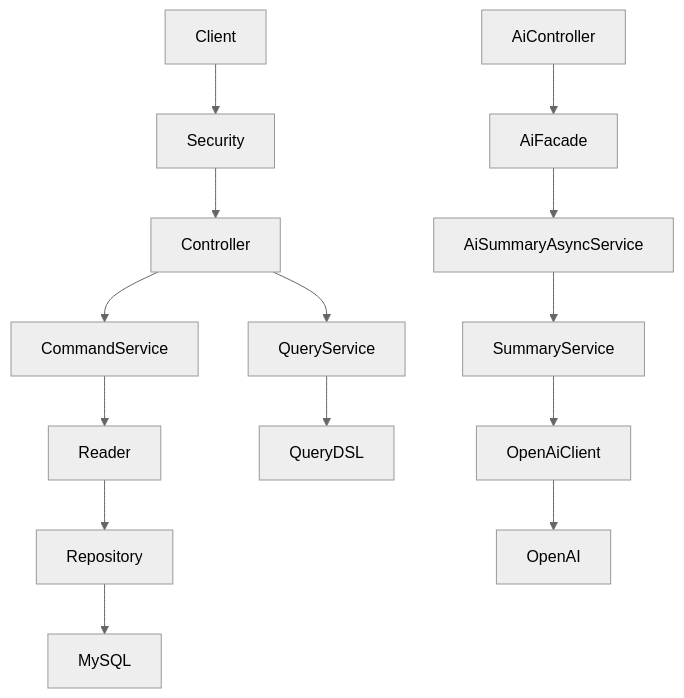
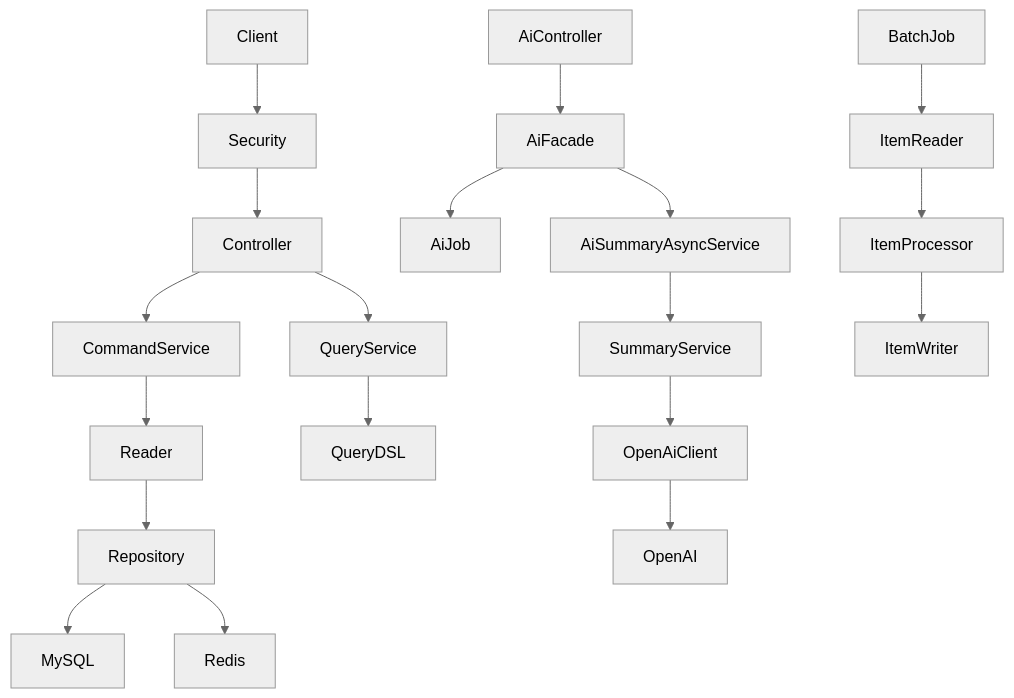
Before and after one commit to keunoh/feldbuch: the diagram in README.md, drawn with Mermaid (neutral theme). The commit also changed other lines of this file and 4 other files, not shown here.

````diff
--- a/README.md
+++ b/README.md
@@ -37,20 +42,26 @@
 ```mermaid
 flowchart TD
     Client --> Security
     Security --> Controller
 
     Controller --> CommandService
     Controller --> QueryService
 
     CommandService --> Reader
     QueryService --> QueryDSL
 
     Reader --> Repository
     Repository --> MySQL
+    Repository --> Redis
 
     AiController --> AiFacade
+    AiFacade --> AiJob
     AiFacade --> AiSummaryAsyncService
     AiSummaryAsyncService --> SummaryService
     SummaryService --> OpenAiClient
     OpenAiClient --> OpenAI
+
+    BatchJob --> ItemReader
+    ItemReader --> ItemProcessor
+    ItemProcessor --> ItemWriter
 ```
````
